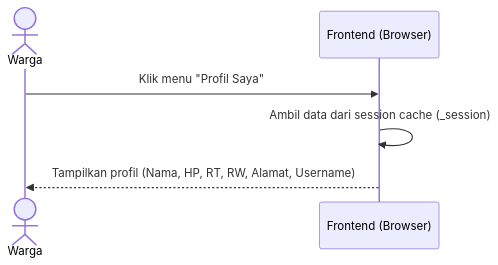
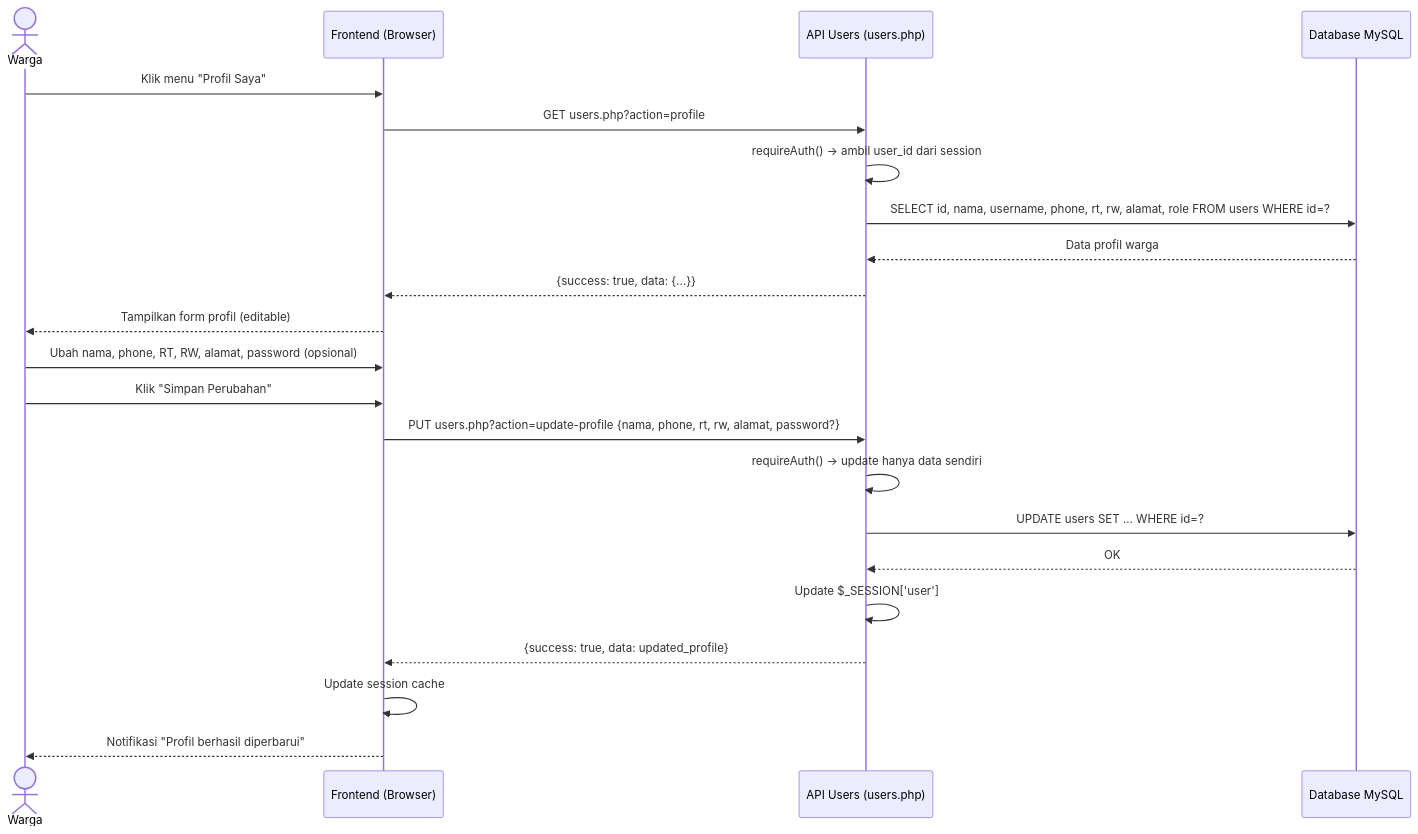
One commit to Aflah88/SIPARES-V.1.0 changed the sixth of 19 diagrams in dokumentasi/UML_SIPARES.md. Above: the diagram before and after it, drawn with Mermaid. The commit also changed other lines of this file and 15 other files, not shown here.

````diff
--- a/dokumentasi/UML_SIPARES.md
+++ b/dokumentasi/UML_SIPARES.md
@@ -184,9 +240,26 @@
 ```mermaid
 sequenceDiagram
     actor W as Warga
     participant FE as Frontend (Browser)
+    participant API as API Users (users.php)
+    participant DB as Database MySQL
 
     W->>FE: Klik menu "Profil Saya"
-    FE->>FE: Ambil data dari session cache (_session)
-    FE-->>W: Tampilkan profil (Nama, HP, RT, RW, Alamat, Username)
+    FE->>API: GET users.php?action=profile
+    API->>API: requireAuth() → ambil user_id dari session
+    API->>DB: SELECT id, nama, username, phone, rt, rw, alamat, role FROM users WHERE id=?
+    DB-->>API: Data profil warga
+    API-->>FE: {success: true, data: {...}}
+    FE-->>W: Tampilkan form profil (editable)
+
+    W->>FE: Ubah nama, phone, RT, RW, alamat, password (opsional)
+    W->>FE: Klik "Simpan Perubahan"
+    FE->>API: PUT users.php?action=update-profile {nama, phone, rt, rw, alamat, password?}
+    API->>API: requireAuth() → update hanya data sendiri
+    API->>DB: UPDATE users SET ... WHERE id=?
+    DB-->>API: OK
+    API->>API: Update $_SESSION['user']
+    API-->>FE: {success: true, data: updated_profile}
+    FE->>FE: Update session cache
+    FE-->>W: Notifikasi "Profil berhasil diperbarui"
 ```
````
